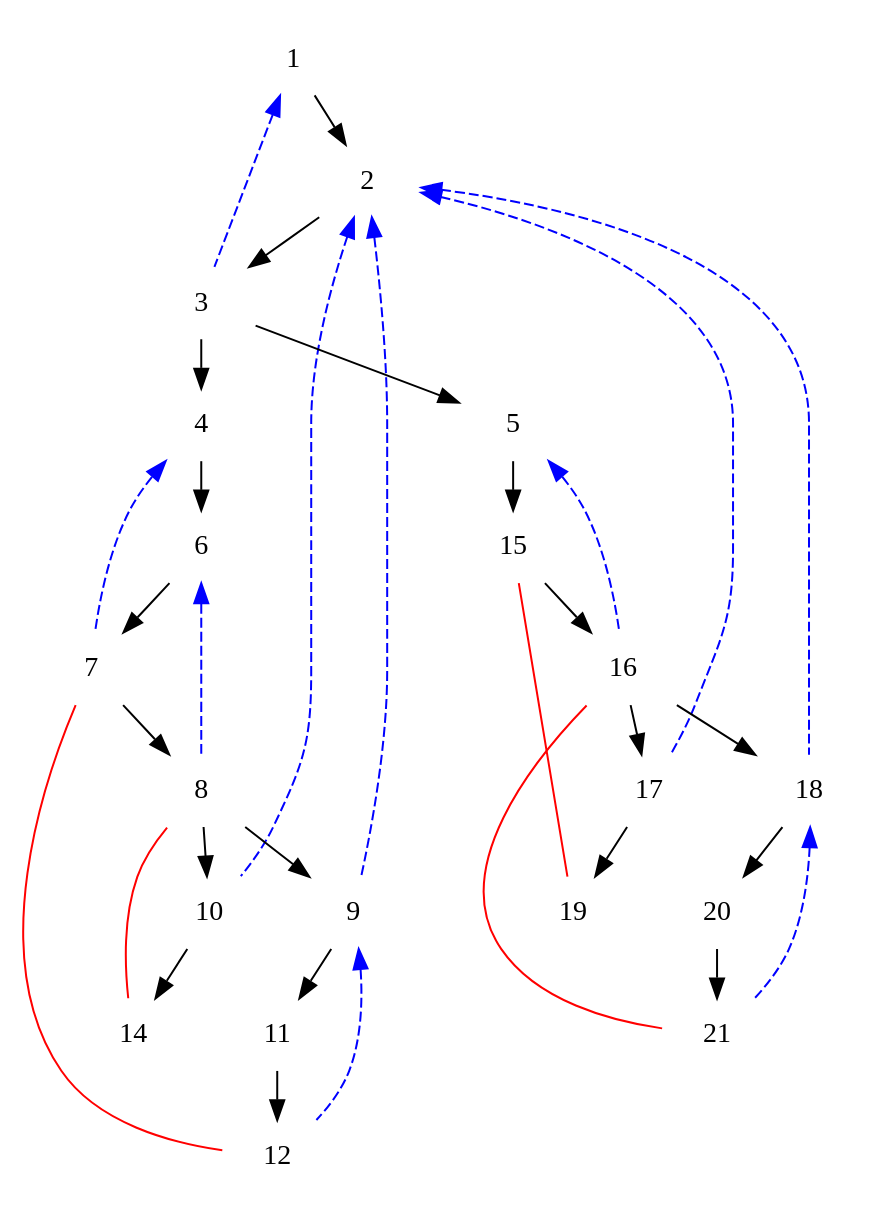
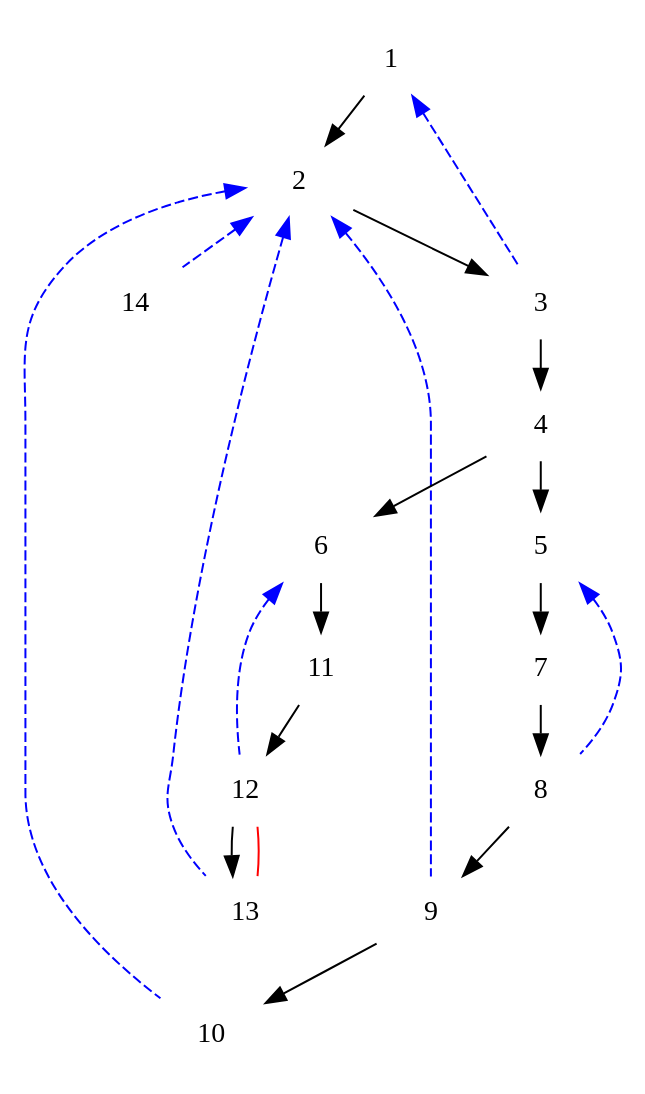
One commit to masterkapilkumar/Tableau-for-Propositional-Logic changed the diagram in arg.dot. Above: the diagram before and after it, drawn with Graphviz. The commit also changed 3 other files, not shown here.

```diff
--- a/arg.dot
+++ b/arg.dot
@@ -1,65 +1,45 @@
 digraph {
 	ranksep = 0.35;
 	node [shape=plaintext];
-	1 [texlbl="\underline{1. {\LARGE \color{green} $((p \wedge q) \vee (\neg p \wedge r)) \wedge (\neg ((\neg p \vee q) \wedge (p \vee r)))$}}"];
-	2 [texlbl="\underline{2. {\LARGE \color{green} $(p \wedge q) \vee (\neg p \wedge r)$}}"];
-	3 [texlbl="\underline{3. {\LARGE \color{green} $\neg ((\neg p \vee q) \wedge (p \vee r))$}}"];
-	4 [texlbl="\underline{4. {\LARGE \color{green} $\neg (\neg p \vee q)$}}"];
-	5 [texlbl="\underline{5. {\LARGE \color{green} $\neg (p \vee r)$}}"];
-	6 [texlbl="\underline{6. {\LARGE \color{green} $\neg \neg p$}}"];
-	7 [texlbl="\underline{7. {\LARGE \color{green} $\neg q$}}"];
+	1 [texlbl="\underline{1. {\LARGE \color{green} $(p \wedge q) \wedge (\neg (\neg (q \leftrightarrow p)))$}}"];
+	2 [texlbl="\underline{2. {\LARGE \color{green} $p \wedge q$}}"];
+	3 [texlbl="\underline{3. {\LARGE \color{green} $\neg (\neg (q \leftrightarrow p))$}}"];
+	4 [texlbl="\underline{4. {\LARGE \color{green} $q \leftrightarrow p$}}"];
+	5 [texlbl="\underline{5. {\LARGE \color{green} $q \wedge p$}}"];
+	6 [texlbl="\underline{6. {\LARGE \color{green} $\neg q \wedge \neg p$}}"];
+	7 [texlbl="\underline{7. {\LARGE \color{green} $q$}}"];
 	8 [texlbl="\underline{8. {\LARGE \color{green} $p$}}"];
-	9 [texlbl="\underline{9. {\LARGE \color{green} $p \wedge q$}}"];
-	10 [texlbl="\underline{10. {\LARGE \color{green} $\neg p \wedge r$}}"];
-	11 [texlbl="\underline{11. {\LARGE \color{green} $p$}}"];
-	12 [texlbl="\underline{12. {\LARGE \color{green} $q$}}"];
-	14 [texlbl="\underline{14. {\LARGE \color{green} $\neg p$}}"];
-	15 [texlbl="\underline{15. {\LARGE \color{green} $\neg p$}}"];
-	16 [texlbl="\underline{16. {\LARGE \color{green} $\neg r$}}"];
-	17 [texlbl="\underline{17. {\LARGE \color{green} $p \wedge q$}}"];
-	18 [texlbl="\underline{18. {\LARGE \color{green} $\neg p \wedge r$}}"];
-	19 [texlbl="\underline{19. {\LARGE \color{green} $p$}}"];
-	20 [texlbl="\underline{20. {\LARGE \color{green} $\neg p$}}"];
-	21 [texlbl="\underline{21. {\LARGE \color{green} $r$}}"];
+	9 [texlbl="\underline{9. {\LARGE \color{green} $p$}}"];
+	10 [texlbl="\underline{10. {\LARGE \color{green} $q$}}"];
+	11 [texlbl="\underline{11. {\LARGE \color{green} $\neg q$}}"];
+	12 [texlbl="\underline{12. {\LARGE \color{green} $\neg p$}}"];
+	13 [texlbl="\underline{13. {\LARGE \color{green} $p$}}"];
 	subgraph dir {
 		1->2;
 		2->3;
 		3->4;
-		3->5;
+		4->5;
 		4->6;
-		6->7;
+		5->7;
 		7->8;
 		8->9;
-		8->10;
-		9->11;
+		9->10;
+		6->11;
 		11->12;
-		10->14;
-		5->15;
-		15->16;
-		16->17;
-		16->18;
-		17->19;
-		18->20;
-		20->21;
+		12->13;
 	}
 	subgraph ancestor {
 		edge [dir=back, color=blue, style=dashed]
 		1->3;
-		4->7;
-		6->8;
+		5->8;
 		2->9;
 		2->10;
-		9->12;
-		5->16;
-		2->17;
-		2->18;
-		18->21;
+		6->12;
+		2->13;
+		2->14;
 	}
 	subgraph undir {
 		edge [dir=none, color=red]
-		12->7;
-		14->8;
-		19->15;
-		21->16;
+		13->12;
 	}
 }
```
